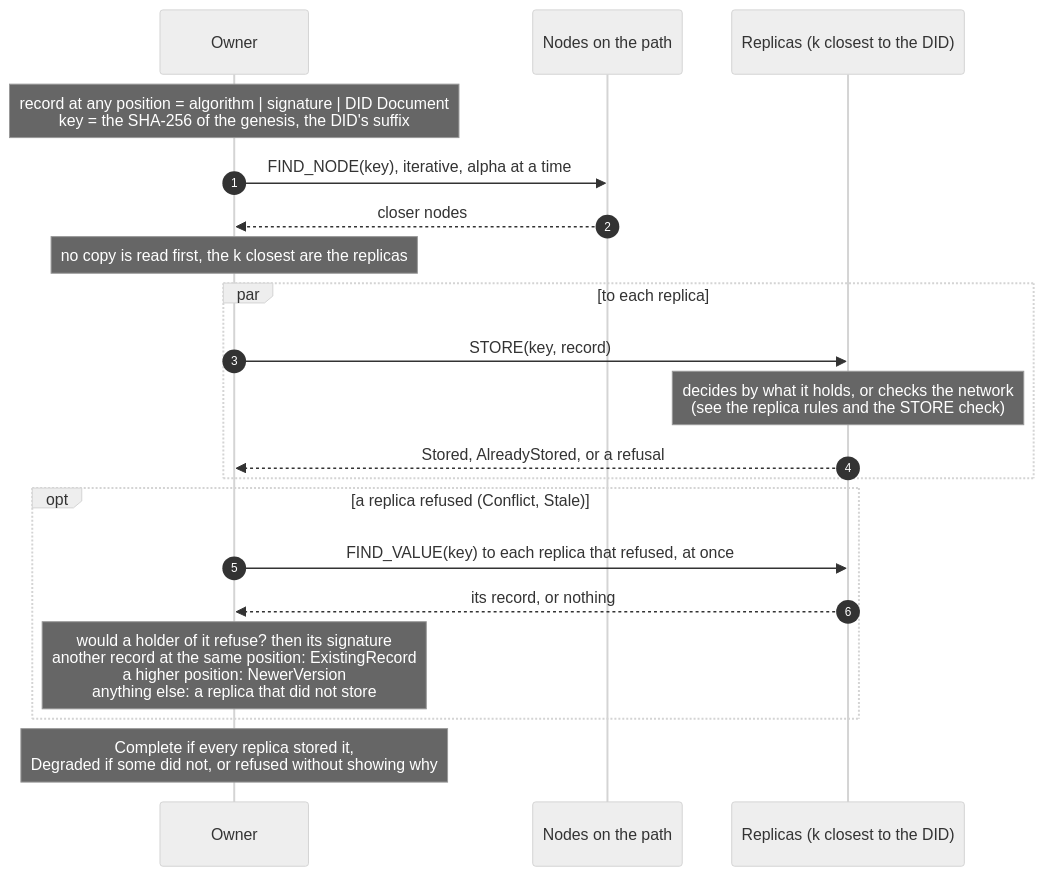
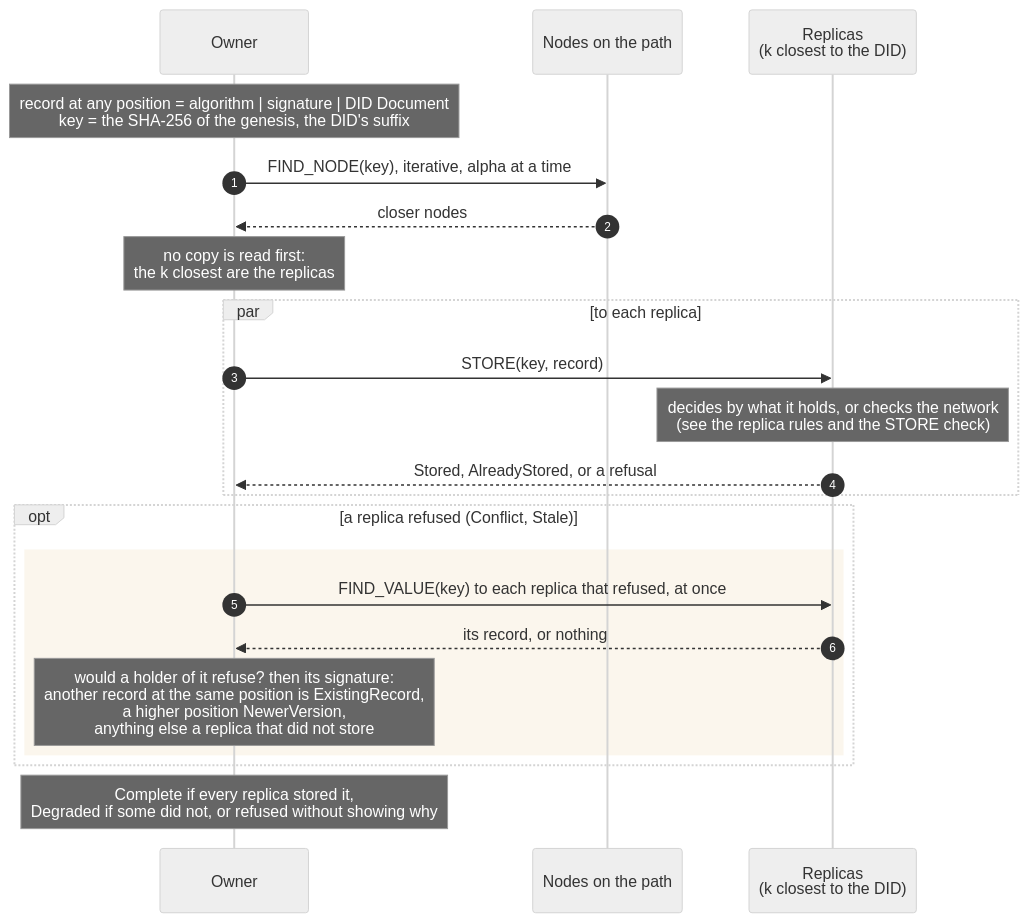
Before and after one commit to fratrung/auth-kademlia-rs: the diagram in docs/design/publish.mmd, drawn with Mermaid (neutral theme). The commit also changed 28 other files, not shown here.

```diff
--- a/docs/design/publish.mmd
+++ b/docs/design/publish.mmd
@@ -1,20 +1,22 @@
 sequenceDiagram
     autonumber
     participant O as Owner
     participant N as Nodes on the path
-    participant R as Replicas (k closest to the DID)
+    participant R as Replicas<br/>(k closest to the DID)
     Note over O: record at any position = algorithm | signature | DID Document<br/>key = the SHA-256 of the genesis, the DID's suffix
     O->>N: FIND_NODE(key), iterative, alpha at a time
     N-->>O: closer nodes
-    Note over O: no copy is read first, the k closest are the replicas
+    Note over O: no copy is read first:<br/>the k closest are the replicas
     par to each replica
         O->>R: STORE(key, record)
         Note over R: decides by what it holds, or checks the network<br/>(see the replica rules and the STORE check)
         R-->>O: Stored, AlreadyStored, or a refusal
     end
     opt a replica refused (Conflict, Stale)
+        rect rgba(201, 138, 27, 0.08)
         O->>R: FIND_VALUE(key) to each replica that refused, at once
         R-->>O: its record, or nothing
-        Note over O: would a holder of it refuse? then its signature<br/>another record at the same position: ExistingRecord<br/>a higher position: NewerVersion<br/>anything else: a replica that did not store
+        Note over O: would a holder of it refuse? then its signature:<br/>another record at the same position is ExistingRecord,<br/>a higher position NewerVersion,<br/>anything else a replica that did not store
+        end
     end
     Note over O: Complete if every replica stored it,<br/>Degraded if some did not, or refused without showing why
```
